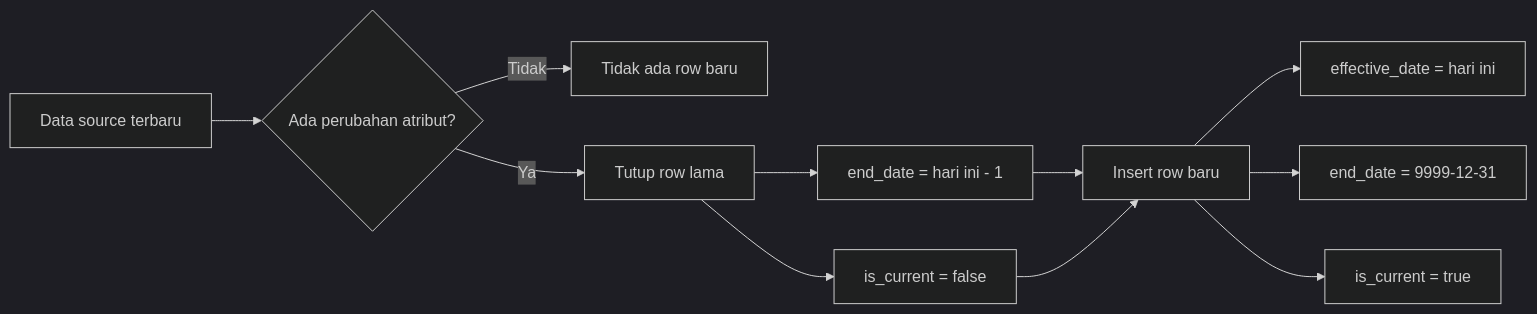
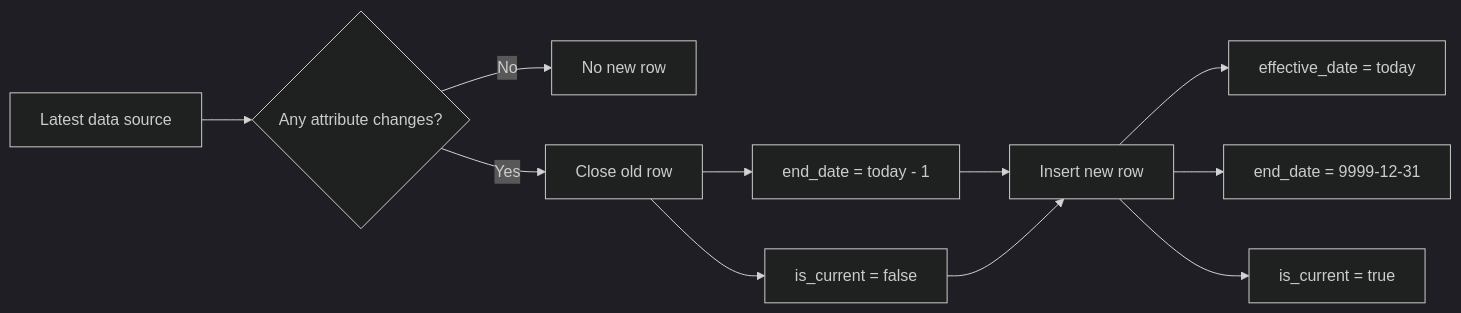
One commit to pharaohpants/olist-retail-elt-pipeline changed the diagram in README.md. Above: the diagram before and after it, drawn with Mermaid (dark theme). The commit also changed other lines of this file, not shown here.

Commit message:
perubahan bahasa readme

````diff
--- a/README.md
+++ b/README.md
@@ -25,13 +25,13 @@
 ```mermaid
 flowchart LR
-A[Data source terbaru] --> B{Ada perubahan atribut?}
-B -->|Tidak| C[Tidak ada row baru]
-B -->|Ya| D[Tutup row lama]
-D --> E[end_date = hari ini - 1]
+A[Latest data source] --> B{Any attribute changes?}
+B -->|No| C[No new row]
+B -->|Yes| D[Close old row]
+D --> E[end_date = today - 1]
 D --> F[is_current = false]
-E --> G[Insert row baru]
+E --> G[Insert new row]
 F --> G
-G --> H[effective_date = hari ini]
+G --> H[effective_date = today]
 G --> I[end_date = 9999-12-31]
 G --> J[is_current = true]
 ```
````
